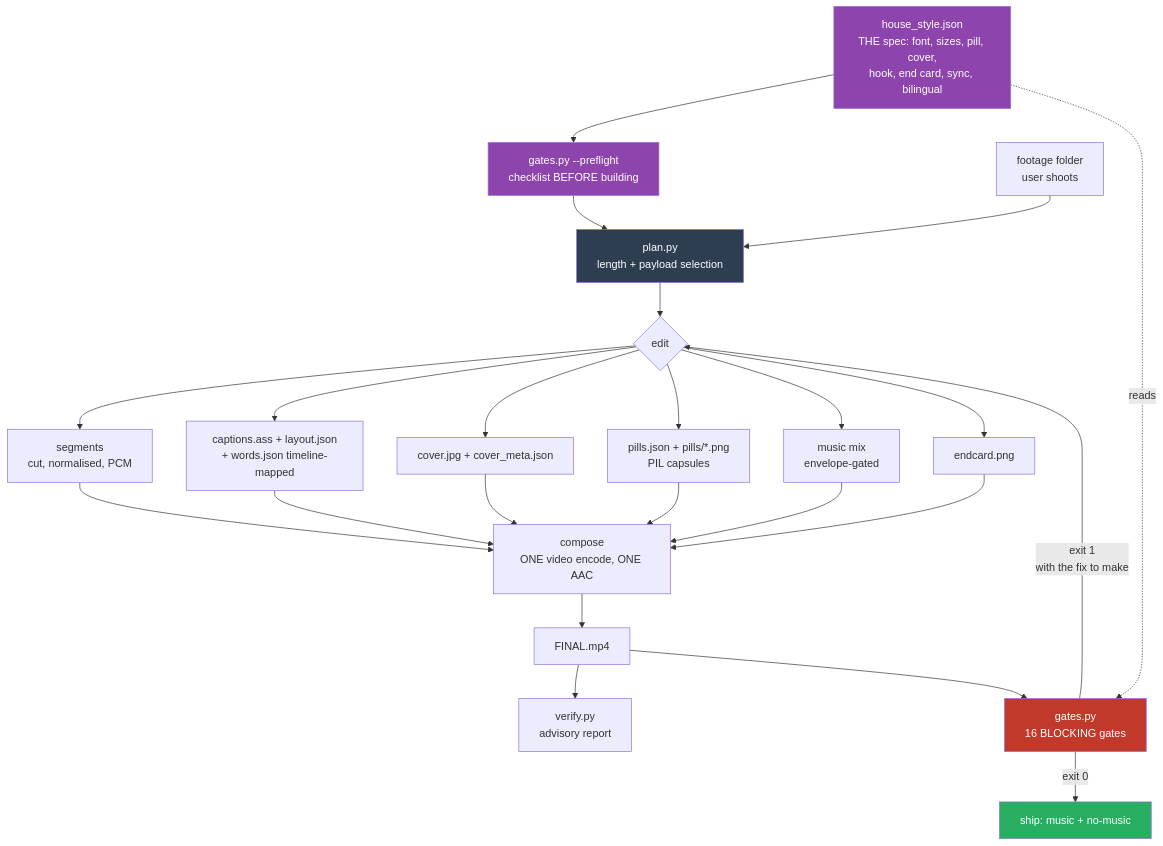
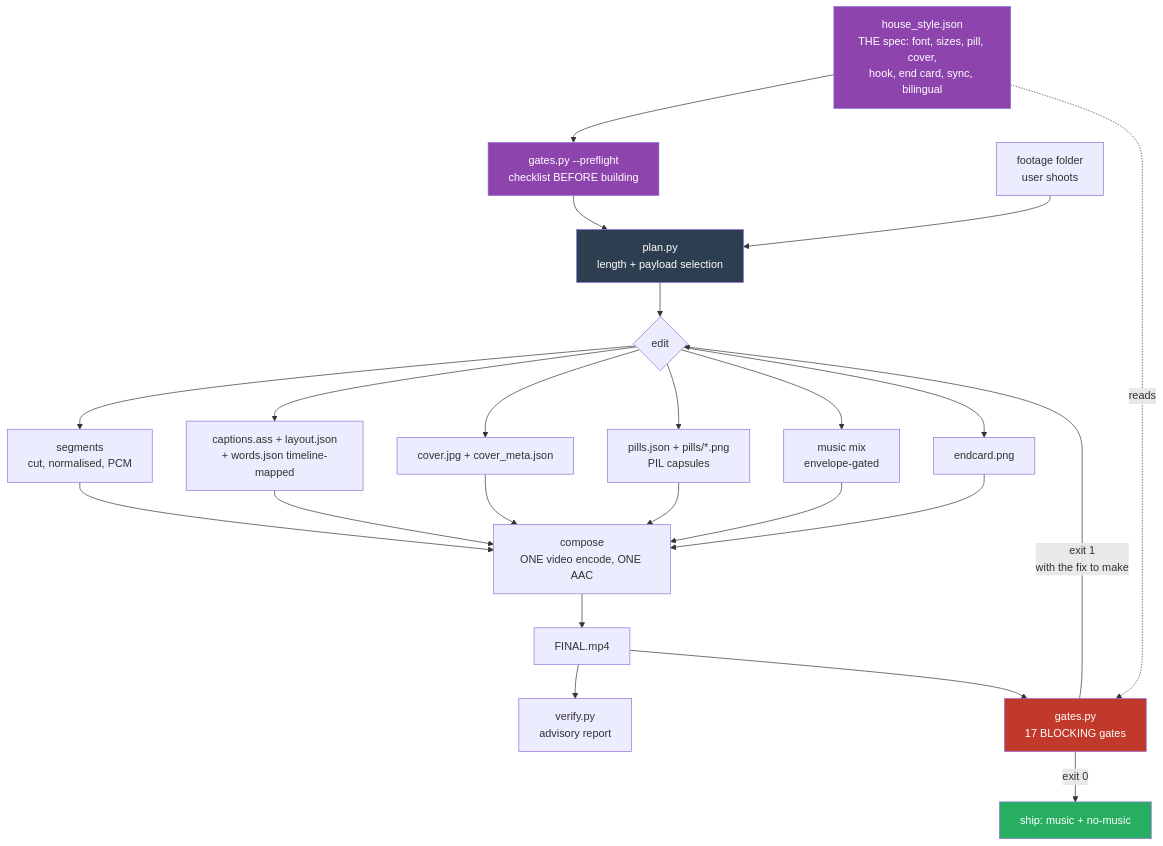
Before and after one commit to chyiiiiiiiiiiii/yiibu: the first of 4 diagrams in skills/yiibu/ARCHITECTURE.md, drawn with Mermaid. The commit also changed other lines of this file and 10 other files, not shown here.

First line of the commit message:
feat: gate_timeline — the contract three checks read, now declared

````diff
--- a/skills/yiibu/ARCHITECTURE.md
+++ b/skills/yiibu/ARCHITECTURE.md
@@ -28,32 +28,32 @@
 ```mermaid
 flowchart TD
     HS[house_style.json<br/>THE spec: font, sizes, pill, cover,<br/>hook, end card, sync, bilingual]
     HS --> PF[gates.py --preflight<br/>checklist BEFORE building]
     PF --> B[plan.py<br/>length + payload selection]
     A[footage folder<br/>user shoots] --> B
     B --> C{edit}
     C --> D[segments<br/>cut, normalised, PCM]
     C --> E[captions.ass + layout.json<br/>+ words.json timeline-mapped]
     C --> F[cover.jpg + cover_meta.json]
     C --> P[pills.json + pills/*.png<br/>PIL capsules]
     C --> G[music mix<br/>envelope-gated]
     C --> N[endcard.png]
     D --> H[compose<br/>ONE video encode, ONE AAC]
     E --> H
     F --> H
     P --> H
     G --> H
     N --> H
     H --> I[FINAL.mp4]
     I --> J[verify.py<br/>advisory report]
-    I --> K[gates.py<br/>16 BLOCKING gates]
+    I --> K[gates.py<br/>17 BLOCKING gates]
     HS -.reads.-> K
     K -->|exit 1<br/>with the fix to make| C
     K -->|exit 0| L[ship: music + no-music]
 
     style K fill:#c0392b,color:#fff
     style HS fill:#8e44ad,color:#fff
     style PF fill:#8e44ad,color:#fff
     style B fill:#2c3e50,color:#fff
     style L fill:#27ae60,color:#fff
 ```
````
